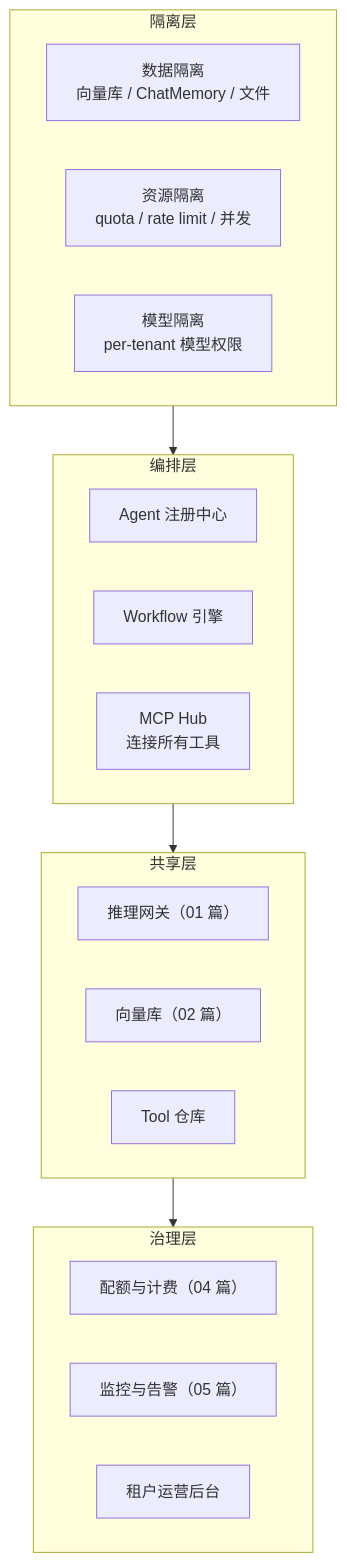
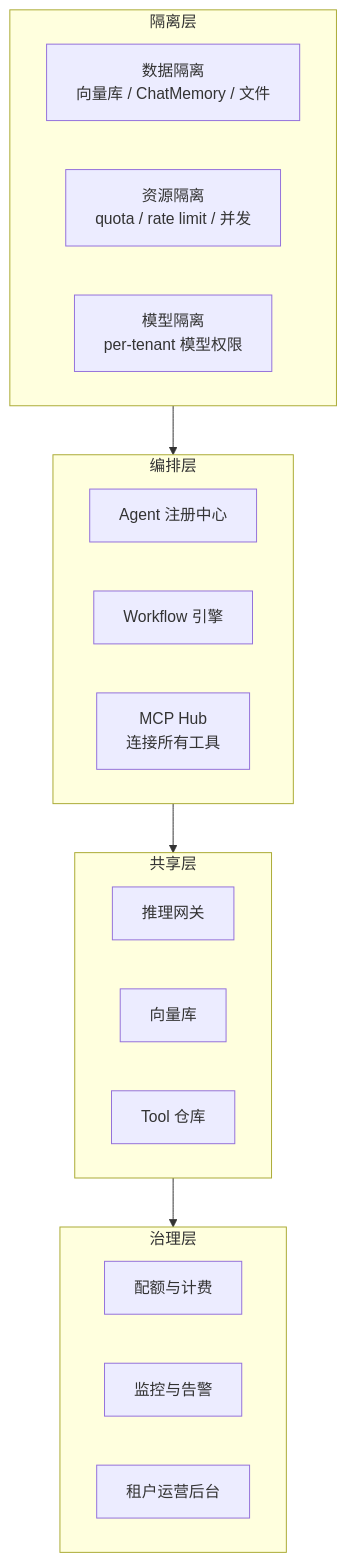
Before and after one commit to UranusGit/java-agent-learn: the first of 7 diagrams in docs/ai-serving/03-多租户Agent平台.md, drawn with Mermaid. The commit also changed other lines of this file and 184 other files, not shown here.

````diff
--- a/docs/ai-serving/03-多租户Agent平台.md
+++ b/docs/ai-serving/03-多租户Agent平台.md
@@ -16,26 +16,26 @@
 ```mermaid
 flowchart TD
     subgraph Iso["隔离层"]
         ISO1["数据隔离<br/>向量库 / ChatMemory / 文件"]
         ISO2["资源隔离<br/>quota / rate limit / 并发"]
         ISO3["模型隔离<br/>per-tenant 模型权限"]
     end
     subgraph Orch["编排层"]
         ORC1["Agent 注册中心"]
         ORC2["Workflow 引擎"]
         ORC3["MCP Hub<br/>连接所有工具"]
     end
     subgraph Shared["共享层"]
-        SH1["推理网关（01 篇）"]
-        SH2["向量库（02 篇）"]
+        SH1["推理网关"]
+        SH2["向量库"]
         SH3["Tool 仓库"]
     end
     subgraph Gov["治理层"]
-        GOV1["配额与计费（04 篇）"]
-        GOV2["监控与告警（05 篇）"]
+        GOV1["配额与计费"]
+        GOV2["监控与告警"]
         GOV3["租户运营后台"]
     end
     Iso --> Orch
     Orch --> Shared
     Shared --> Gov
 ```
````
